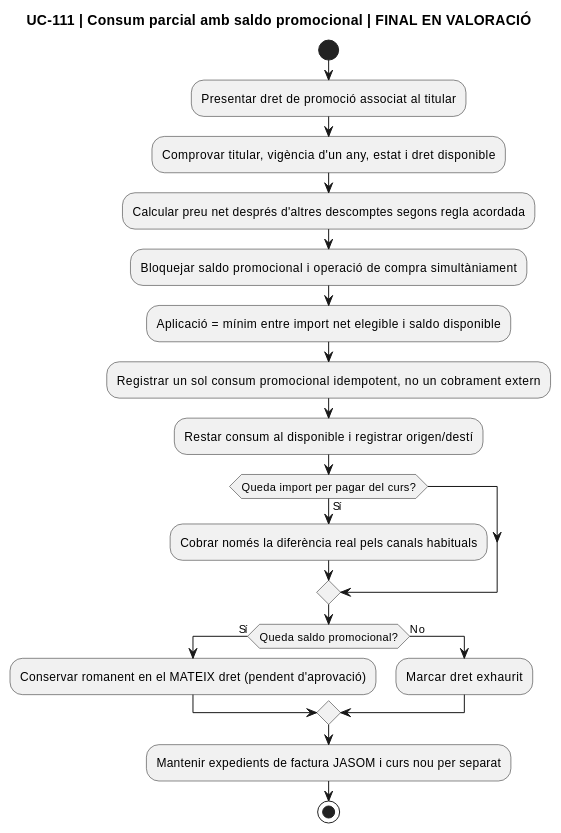
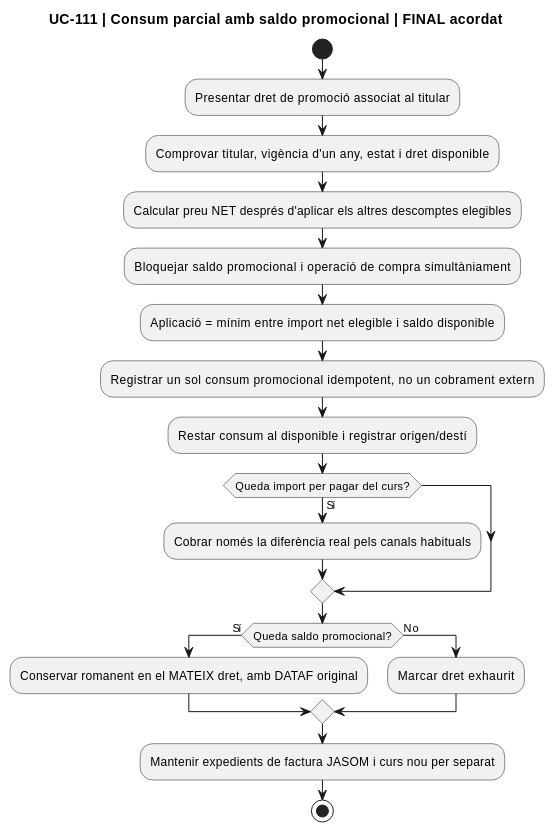
One commit to orgmeriemprismacat-del/verifactu changed the eighth of 12 diagrams in documentacio/07-uml-integrat/uc-111-docent-novell-dret-futur.md. Above: the diagram before and after it, drawn with PlantUML. The commit also changed other lines of this file, not shown here.

````diff
--- a/documentacio/07-uml-integrat/uc-111-docent-novell-dret-futur.md
+++ b/documentacio/07-uml-integrat/uc-111-docent-novell-dret-futur.md
@@ -308,23 +308,23 @@
 ```plantuml
 @startuml
-title UC-111 | Consum parcial amb saldo promocional | FINAL EN VALORACIÓ
+title UC-111 | Consum parcial amb saldo promocional | FINAL acordat
 start
 :Presentar dret de promoció associat al titular;
 :Comprovar titular, vigència d'un any, estat i dret disponible;
-:Calcular preu net després d'altres descomptes segons regla acordada;
+:Calcular preu NET després d'aplicar els altres descomptes elegibles;
 :Bloquejar saldo promocional i operació de compra simultàniament;
 :Aplicació = mínim entre import net elegible i saldo disponible;
 :Registrar un sol consum promocional idempotent, no un cobrament extern;
 :Restar consum al disponible i registrar origen/destí;
 if (Queda import per pagar del curs?) then (Sí)
  :Cobrar només la diferència real pels canals habituals;
 endif
 if (Queda saldo promocional?) then (Sí)
- :Conservar romanent en el MATEIX dret (pendent d'aprovació);
+ :Conservar romanent en el MATEIX dret, amb DATAF original;
 else (No)
  :Marcar dret exhaurit;
 endif
 :Mantenir expedients de factura JASOM i curs nou per separat;
 stop
 @enduml
 ```
````
